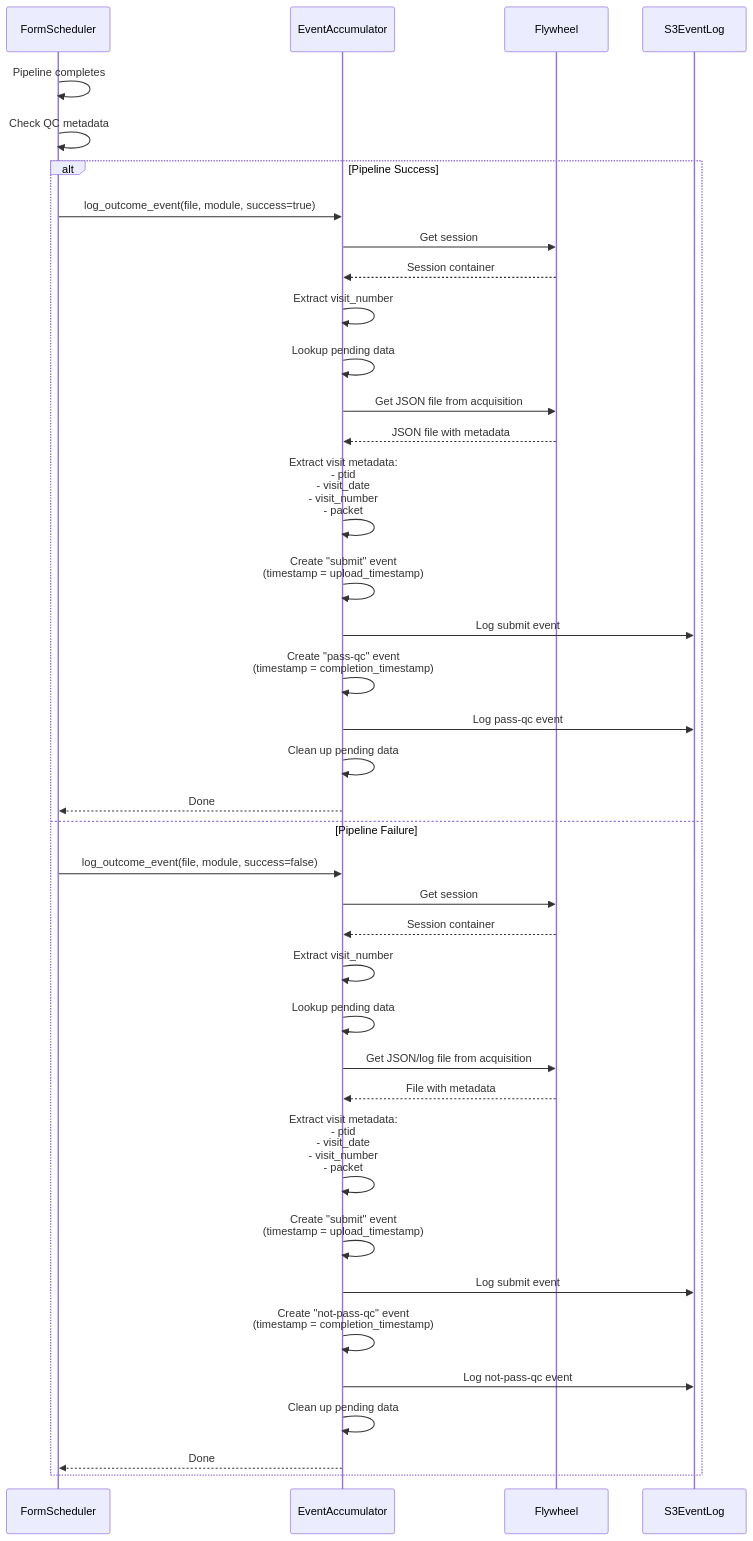
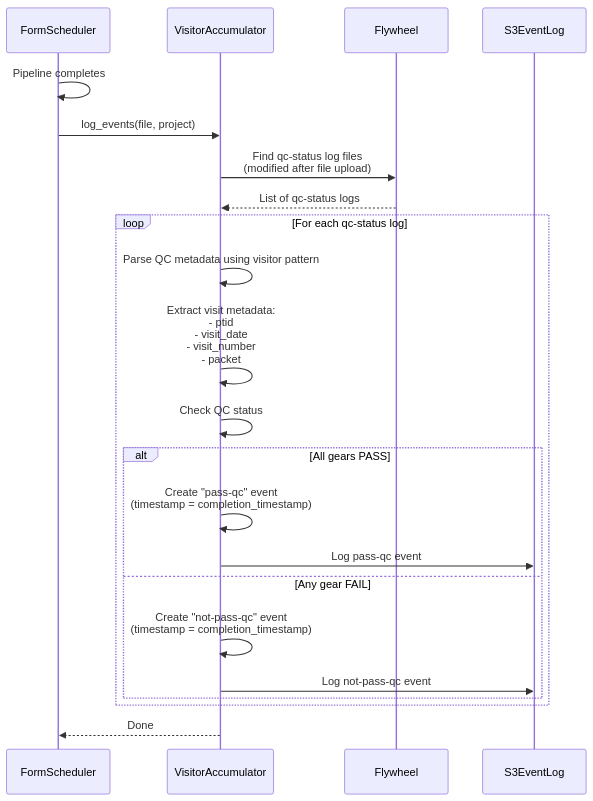
Before and after one commit to naccdata/flywheel-gear-extensions: the fourth of 6 diagrams in docs/form_scheduler/event-logging.md, drawn with Mermaid. The commit also changed other lines of this file and 5 other files, not shown here.

````diff
--- a/docs/form_scheduler/event-logging.md
+++ b/docs/form_scheduler/event-logging.md
@@ -222,57 +219,30 @@
 ```mermaid
 sequenceDiagram
     participant FormScheduler
-    participant EventAccumulator
+    participant VisitorAccumulator
     participant Flywheel
     participant S3EventLog
     
     FormScheduler->>FormScheduler: Pipeline completes
-    FormScheduler->>FormScheduler: Check QC metadata
+    FormScheduler->>VisitorAccumulator: log_events(file, project)
     
-    alt Pipeline Success
-        FormScheduler->>EventAccumulator: log_outcome_event(file, module, success=true)
+    VisitorAccumulator->>Flywheel: Find qc-status log files<br/>(modified after file upload)
+    Flywheel-->>VisitorAccumulator: List of qc-status logs
+    
+    loop For each qc-status log
+        VisitorAccumulator->>VisitorAccumulator: Parse QC metadata using visitor pattern
+        VisitorAccumulator->>VisitorAccumulator: Extract visit metadata:<br/>- ptid<br/>- visit_date<br/>- visit_number<br/>- packet
         
-        EventAccumulator->>Flywheel: Get session
-        Flywheel-->>EventAccumulator: Session container
+        VisitorAccumulator->>VisitorAccumulator: Check QC status
         
-        EventAccumulator->>EventAccumulator: Extract visit_number
-        EventAccumulator->>EventAccumulator: Lookup pending data
-        
-        EventAccumulator->>Flywheel: Get JSON file from acquisition
-        Flywheel-->>EventAccumulator: JSON file with metadata
-        
-        EventAccumulator->>EventAccumulator: Extract visit metadata:<br/>- ptid<br/>- visit_date<br/>- visit_number<br/>- packet
-        
-        EventAccumulator->>EventAccumulator: Create "submit" event<br/>(timestamp = upload_timestamp)
-        EventAccumulator->>S3EventLog: Log submit event
-        
-        EventAccumulator->>EventAccumulator: Create "pass-qc" event<br/>(timestamp = completion_timestamp)
-        EventAccumulator->>S3EventLog: Log pass-qc event
-        
-        EventAccumulator->>EventAccumulator: Clean up pending data
-        EventAccumulator-->>FormScheduler: Done
-        
-    else Pipeline Failure
-        FormScheduler->>EventAccumulator: log_outcome_event(file, module, success=false)
-        
-        EventAccumulator->>Flywheel: Get session
-        Flywheel-->>EventAccumulator: Session container
-        
-        EventAccumulator->>EventAccumulator: Extract visit_number
-        EventAccumulator->>EventAccumulator: Lookup pending data
-        
-        EventAccumulator->>Flywheel: Get JSON/log file from acquisition
-        Flywheel-->>EventAccumulator: File with metadata
-        
-        EventAccumulator->>EventAccumulator: Extract visit metadata:<br/>- ptid<br/>- visit_date<br/>- visit_number<br/>- packet
-        
-        EventAccumulator->>EventAccumulator: Create "submit" event<br/>(timestamp = upload_timestamp)
-        EventAccumulator->>S3EventLog: Log submit event
-        
-        EventAccumulator->>EventAccumulator: Create "not-pass-qc" event<br/>(timestamp = completion_timestamp)
-        EventAccumulator->>S3EventLog: Log not-pass-qc event
-        
-        EventAccumulator->>EventAccumulator: Clean up pending data
-        EventAccumulator-->>FormScheduler: Done
+        alt All gears PASS
+            VisitorAccumulator->>VisitorAccumulator: Create "pass-qc" event<br/>(timestamp = completion_timestamp)
+            VisitorAccumulator->>S3EventLog: Log pass-qc event
+        else Any gear FAIL
+            VisitorAccumulator->>VisitorAccumulator: Create "not-pass-qc" event<br/>(timestamp = completion_timestamp)
+            VisitorAccumulator->>S3EventLog: Log not-pass-qc event
+        end
     end
+    
+    VisitorAccumulator-->>FormScheduler: Done
 ```
````
